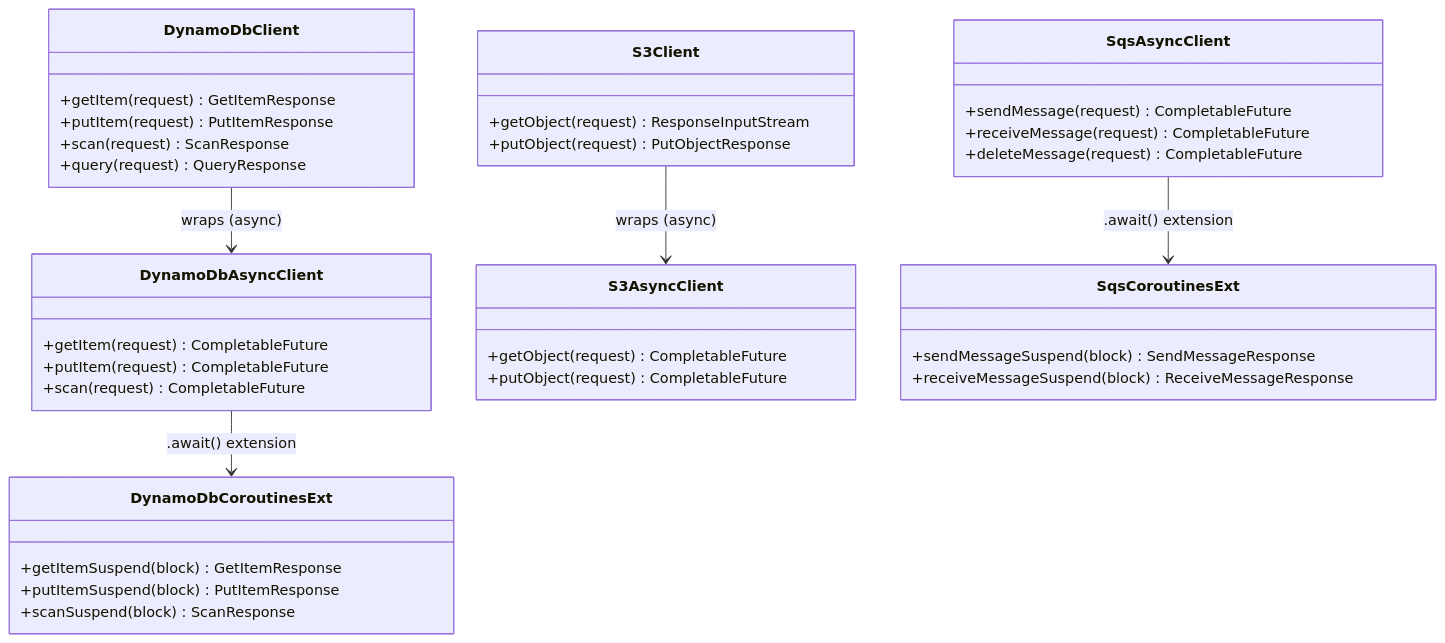
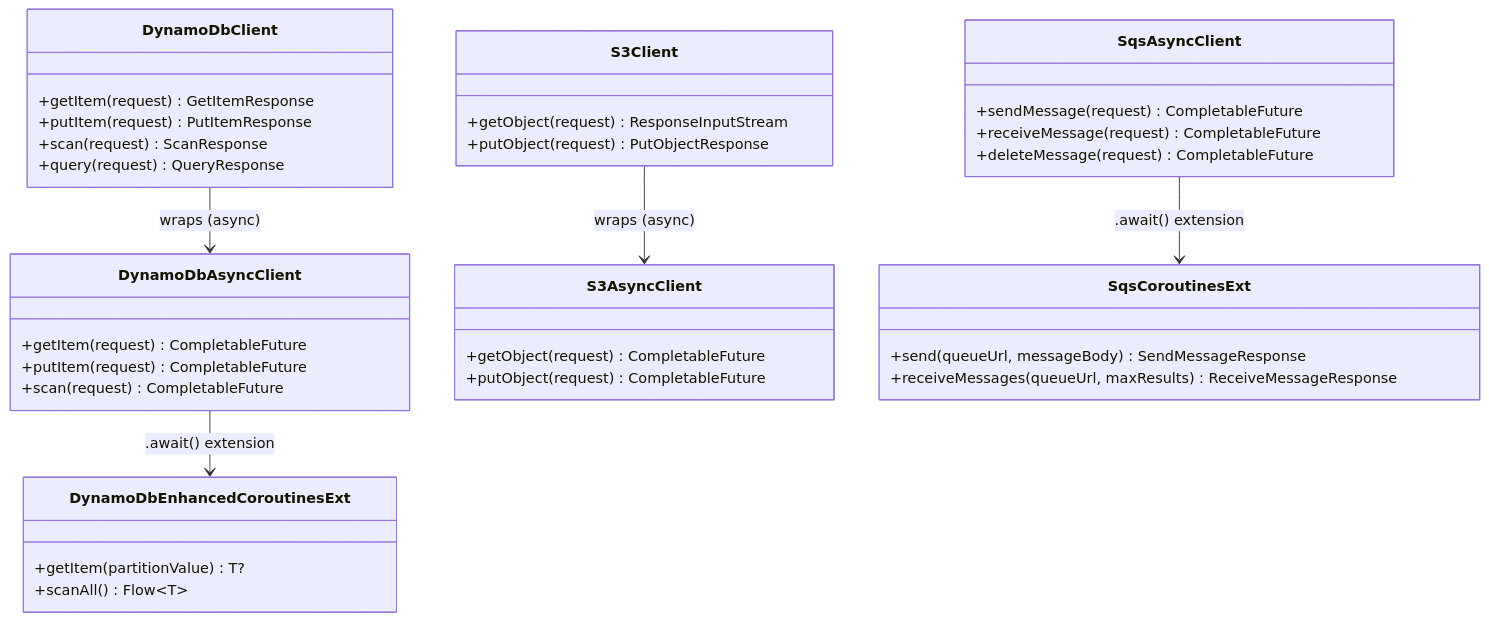
Before and after one commit to bluetape4k/bluetape4k-aws: the third of 3 diagrams in aws/README.ko.md, drawn with Mermaid. The commit also changed other lines of this file and 7 other files, not shown here.

````diff
--- a/aws/README.ko.md
+++ b/aws/README.ko.md
@@ -52,41 +52,40 @@
 ```mermaid
 classDiagram
     class DynamoDbClient {
         +getItem(request) GetItemResponse
         +putItem(request) PutItemResponse
         +scan(request) ScanResponse
         +query(request) QueryResponse
     }
     class DynamoDbAsyncClient {
         +getItem(request) CompletableFuture
         +putItem(request) CompletableFuture
         +scan(request) CompletableFuture
     }
-    class DynamoDbCoroutinesExt {
-        +getItemSuspend(block) GetItemResponse
-        +putItemSuspend(block) PutItemResponse
-        +scanSuspend(block) ScanResponse
+    class DynamoDbEnhancedCoroutinesExt {
+        +getItem(partitionValue) T?
+        +scanAll() Flow~T~
     }
     class S3Client {
         +getObject(request) ResponseInputStream
         +putObject(request) PutObjectResponse
     }
     class S3AsyncClient {
         +getObject(request) CompletableFuture
         +putObject(request) CompletableFuture
     }
     class SqsAsyncClient {
         +sendMessage(request) CompletableFuture
         +receiveMessage(request) CompletableFuture
         +deleteMessage(request) CompletableFuture
     }
     class SqsCoroutinesExt {
-        +sendMessageSuspend(block) SendMessageResponse
-        +receiveMessageSuspend(block) ReceiveMessageResponse
+        +send(queueUrl, messageBody) SendMessageResponse
+        +receiveMessages(queueUrl, maxResults) ReceiveMessageResponse
     }
 
     DynamoDbClient --> DynamoDbAsyncClient : wraps (async)
-    DynamoDbAsyncClient --> DynamoDbCoroutinesExt : .await() extension
+    DynamoDbAsyncClient --> DynamoDbEnhancedCoroutinesExt : .await() extension
     S3Client --> S3AsyncClient : wraps (async)
     SqsAsyncClient --> SqsCoroutinesExt : .await() extension
 ```
````
